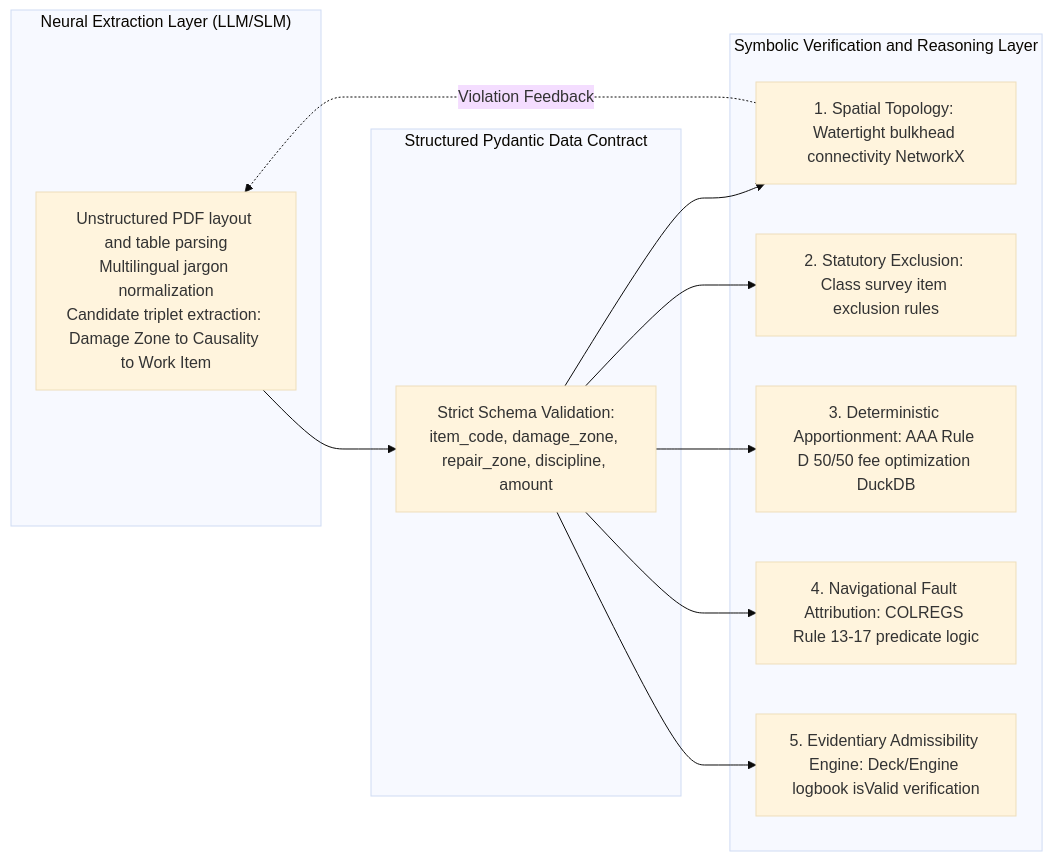
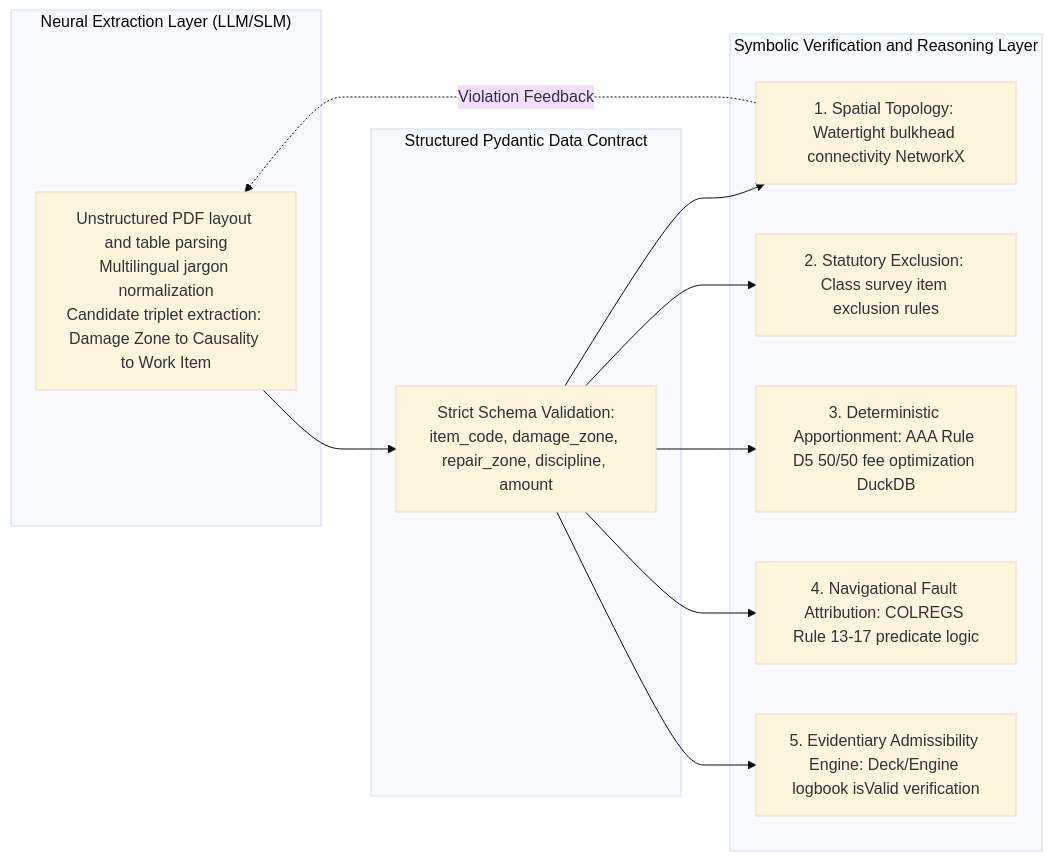
One commit to edgesentry/marine-claims-ai changed the first of 3 diagrams in docs/symbolic_ai_implementation_framework.md. Above: the diagram before and after it, drawn with Mermaid (base theme). The commit also changed other lines of this file and 10 other files, not shown here.

First line of the commit message:
Implement AAA Rule D5 drydock common-dues apportionment (#29) (#37)

````diff
--- a/docs/symbolic_ai_implementation_framework.md
+++ b/docs/symbolic_ai_implementation_framework.md
@@ -16,26 +16,26 @@
 ```mermaid
 flowchart LR
     subgraph NEURAL["Neural Extraction Layer (LLM/SLM)"]
         N1["Unstructured PDF layout and table parsing\nMultilingual jargon normalization\nCandidate triplet extraction: Damage Zone to Causality to Work Item"]
     end
 
     subgraph INTERFACE["Structured Pydantic Data Contract"]
         I1["Strict Schema Validation:\nitem_code, damage_zone, repair_zone, discipline, amount"]
     end
 
     subgraph SYMBOLIC["Symbolic Verification and Reasoning Layer"]
         S1["1. Spatial Topology: Watertight bulkhead connectivity NetworkX"]
         S2["2. Statutory Exclusion: Class survey item exclusion rules"]
-        S3["3. Deterministic Apportionment: AAA Rule D 50/50 fee optimization DuckDB"]
+        S3["3. Deterministic Apportionment: AAA Rule D5 50/50 fee optimization DuckDB"]
         S4["4. Navigational Fault Attribution: COLREGS Rule 13-17 predicate logic"]
         S5["5. Evidentiary Admissibility Engine: Deck/Engine logbook isValid verification"]
     end
 
     N1 --> I1
     I1 --> S1
     I1 --> S2
     I1 --> S3
     I1 --> S4
     I1 --> S5
     S1 -.->|"Violation Feedback"| N1
 ```
````
